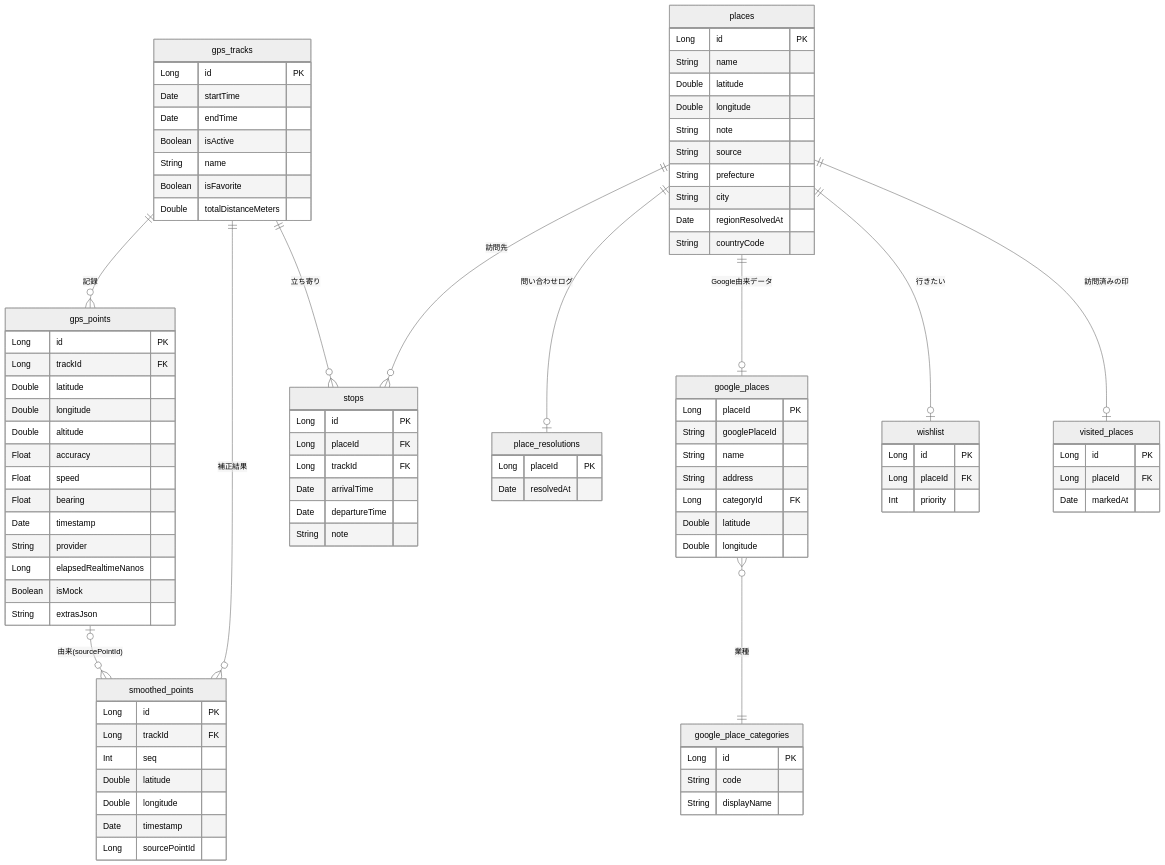
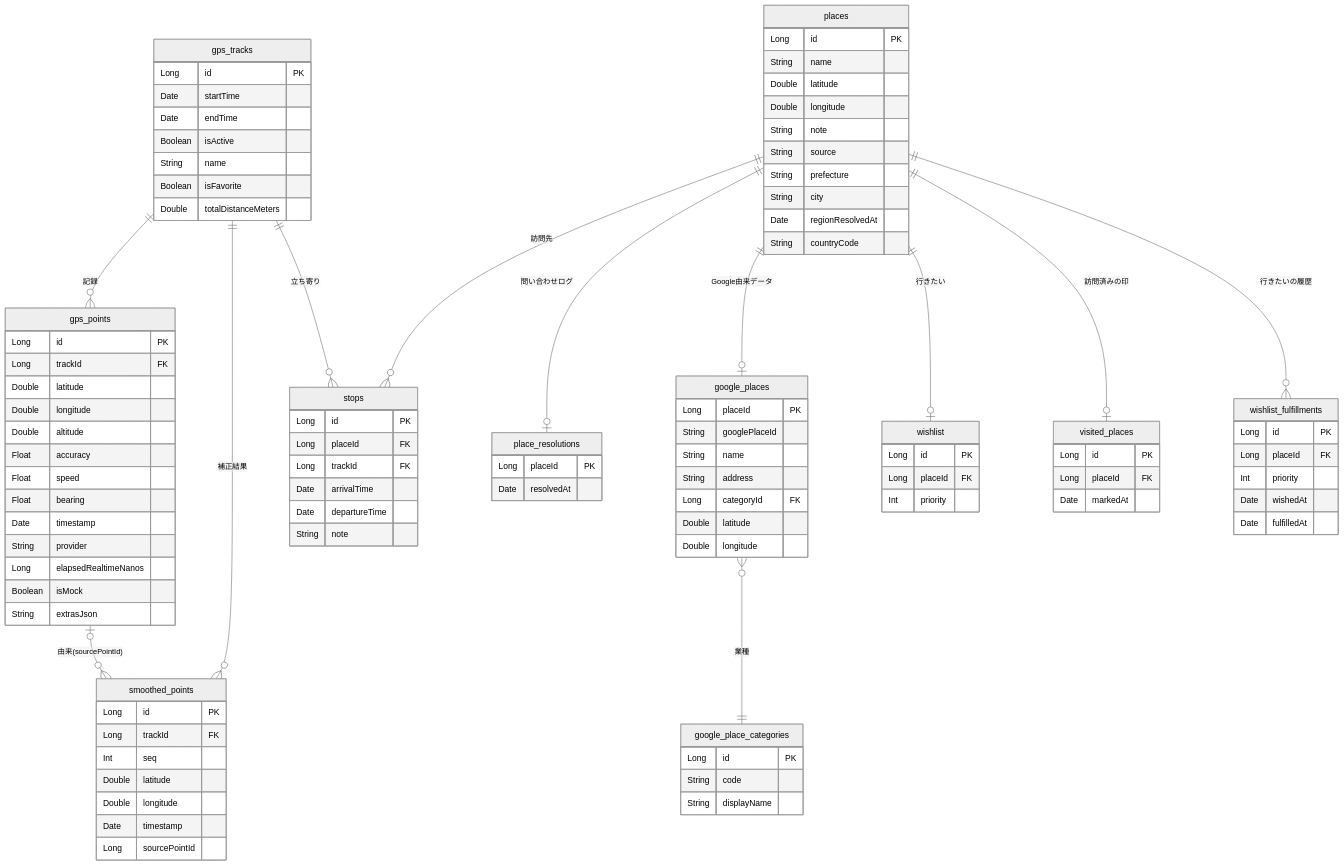
One commit to y-nosuke/pathly changed the diagram in docs/specs/model.md. Above: the diagram before and after it, drawn with Mermaid (neutral theme). The commit also changed other lines of this file and 36 other files, not shown here.

````diff
--- a/docs/specs/model.md
+++ b/docs/specs/model.md
@@ -22,6 +22,7 @@
   google_places }o--|| google_place_categories : "業種"
   places ||--o| wishlist : "行きたい"
   places ||--o| visited_places : "訪問済みの印"
+  places ||--o{ wishlist_fulfillments : "行きたいの履歴"
   gps_points |o--o{ smoothed_points : "由来(sourcePointId)"
 
   gps_tracks {
@@ -105,4 +106,11 @@
     Long placeId FK
     Date markedAt
   }
+  wishlist_fulfillments {
+    Long id PK
+    Long placeId FK
+    Int priority
+    Date wishedAt
+    Date fulfilledAt
+  }
 ```
````
